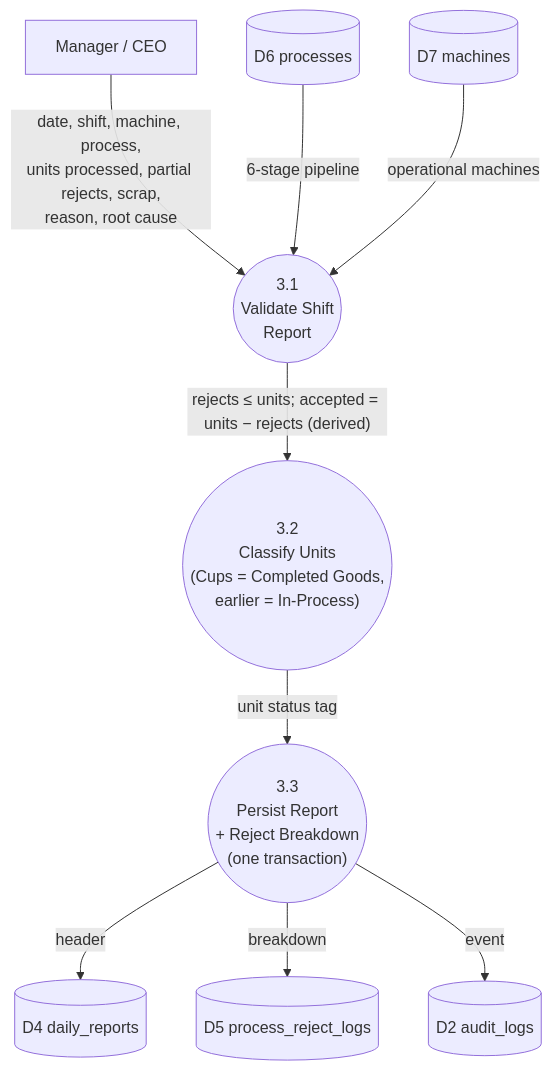
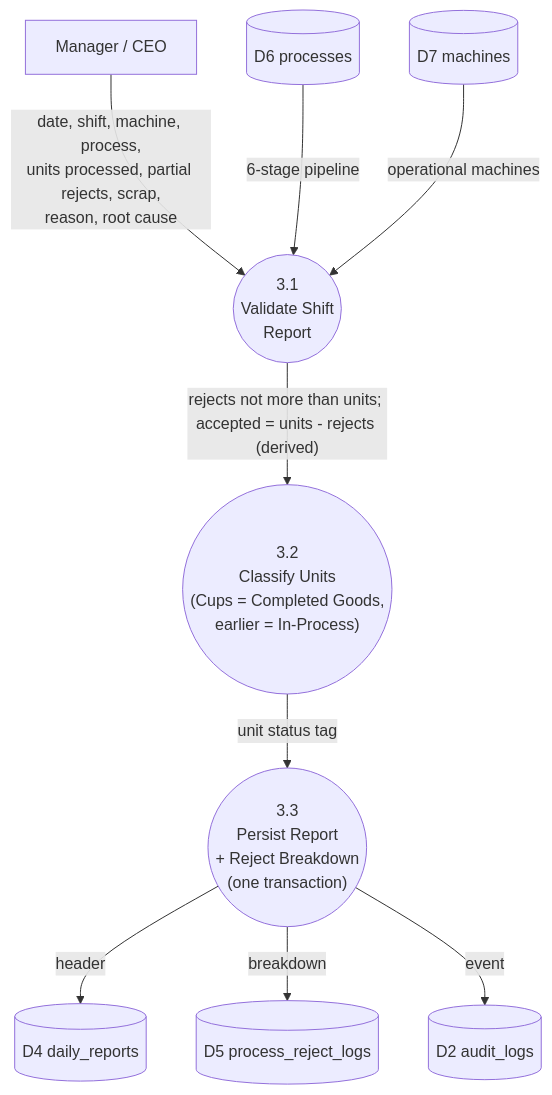
Before and after one commit to yohan-sudo/epms-local: the fifth of 6 diagrams in docs/02-data-flow-diagrams.md, drawn with Mermaid. The commit also changed other lines of this file and 62 other files, not shown here.

First line of the commit message:
Remove role switcher, enforce uppercase names, make docs pure portable Mermaid

````diff
--- a/docs/02-data-flow-diagrams.md
+++ b/docs/02-data-flow-diagrams.md
@@ -200,22 +234,22 @@
 ```mermaid
-flowchart TB
+graph TB
     MGR["Manager / CEO"]
     P31(("3.1<br/>Validate Shift<br/>Report"))
     P32(("3.2<br/>Classify Units<br/>(Cups = Completed Goods,<br/>earlier = In-Process)"))
     P33(("3.3<br/>Persist Report<br/>+ Reject Breakdown<br/>(one transaction)"))
 
     D4[("D4 daily_reports")]
     D5[("D5 process_reject_logs")]
     D6[("D6 processes")]
     D7[("D7 machines")]
     D2[("D2 audit_logs")]
 
     MGR -->|"date, shift, machine, process,<br/>units processed, partial rejects, scrap,<br/>reason, root cause"| P31
     D6 -->|"6-stage pipeline"| P31
     D7 -->|"operational machines"| P31
-    P31 -->|"rejects ≤ units; accepted = units − rejects (derived)"| P32
+    P31 -->|"rejects not more than units; accepted = units - rejects (derived)"| P32
     P32 -->|"unit status tag"| P33
     P33 -->|"header"| D4
     P33 -->|"breakdown"| D5
     P33 -->|"event"| D2
 ```
````
